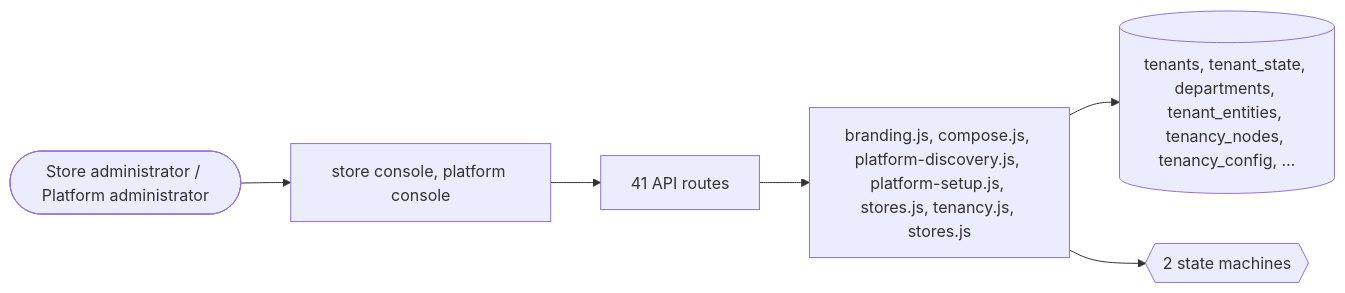
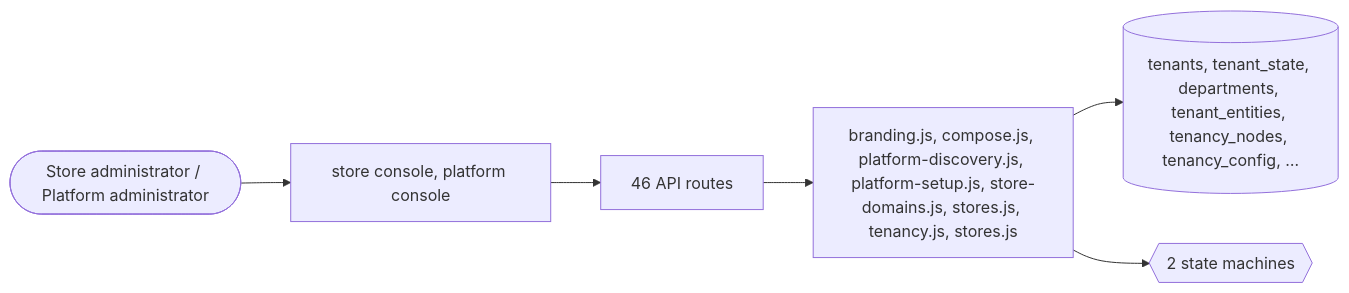
The third of 3 diagrams in docs/domains/stores.md (echelonxventures-Projects/universal-product), drawn with Mermaid before and after one commit. The commit also changed other lines of this file and 29 other files, not shown here.

````diff
--- a/docs/domains/stores.md
+++ b/docs/domains/stores.md
@@ -219,8 +240,8 @@
 ```mermaid
 flowchart LR
   U([Store administrator / Platform administrator]) --> UI[store console, platform console]
-  UI --> API[41 API routes]
-  API --> ENG[branding.js, compose.js, platform-discovery.js, platform-setup.js, stores.js, tenancy.js, stores.js]
+  UI --> API[46 API routes]
+  API --> ENG[branding.js, compose.js, platform-discovery.js, platform-setup.js, store-domains.js, stores.js, tenancy.js, stores.js]
   ENG --> DB[(tenants, tenant_state, departments, tenant_entities, tenancy_nodes, tenancy_config, …)]
   ENG --> SM{{2 state machines}}
 ```
````
